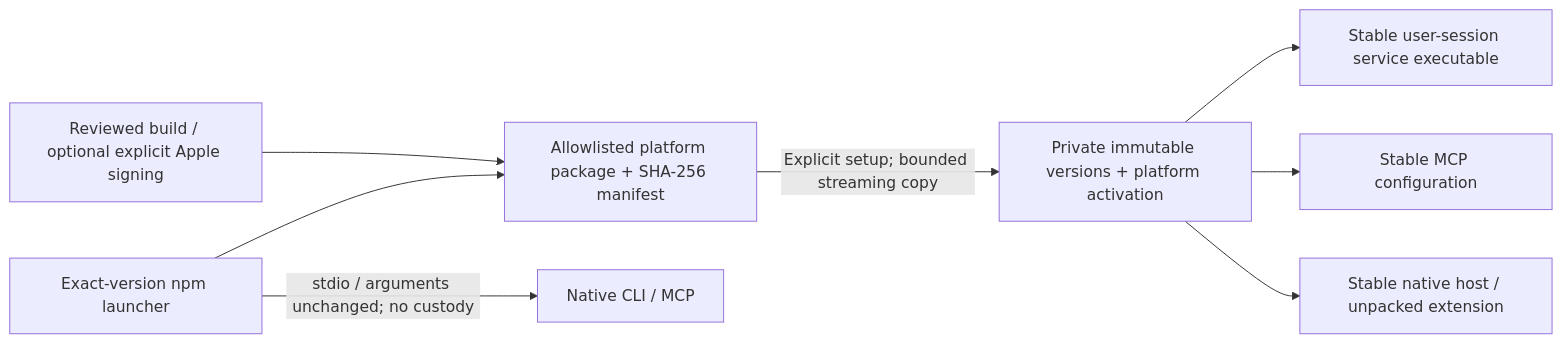
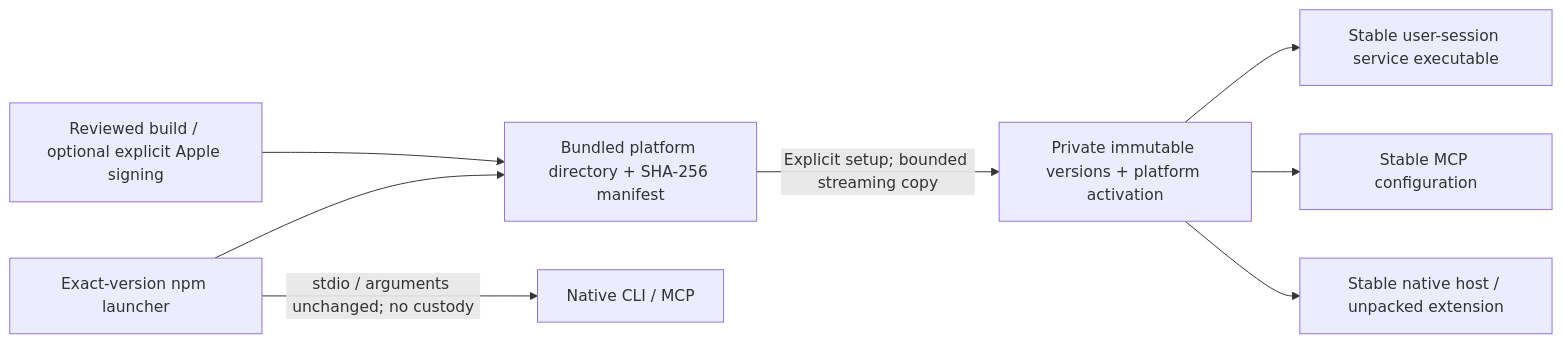
The second of 3 diagrams in docs/architecture.md (MagicBeansAI/MagicVault), drawn with Mermaid before and after one commit. The commit also changed other lines of this file and 24 other files, not shown here.

Commit message:
Bundle all platforms in one npm package and migrate legacy releases

````diff
--- a/docs/architecture.md
+++ b/docs/architecture.md
@@ -185,10 +185,10 @@
 ```mermaid
 flowchart LR
-    release["Reviewed build / optional explicit Apple signing"] --> bundle["Allowlisted platform package + SHA-256 manifest"]
+    release["Reviewed build / optional explicit Apple signing"] --> bundle["Bundled platform directory + SHA-256 manifest"]
     npm["Exact-version npm launcher"] --> bundle
     npm -->|"stdio / arguments unchanged; no custody"| cli["Native CLI / MCP"]
     bundle -->|"Explicit setup; bounded streaming copy"| app["Private immutable versions + platform activation"]
     app --> daemon["Stable user-session service executable"]
     app --> mcp["Stable MCP configuration"]
     app --> host["Stable native host / unpacked extension"]
 ```
````
